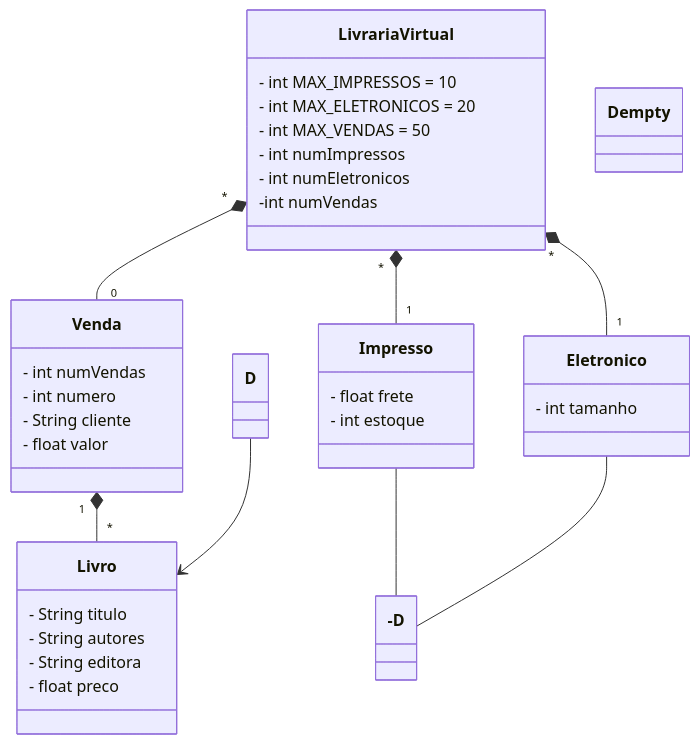
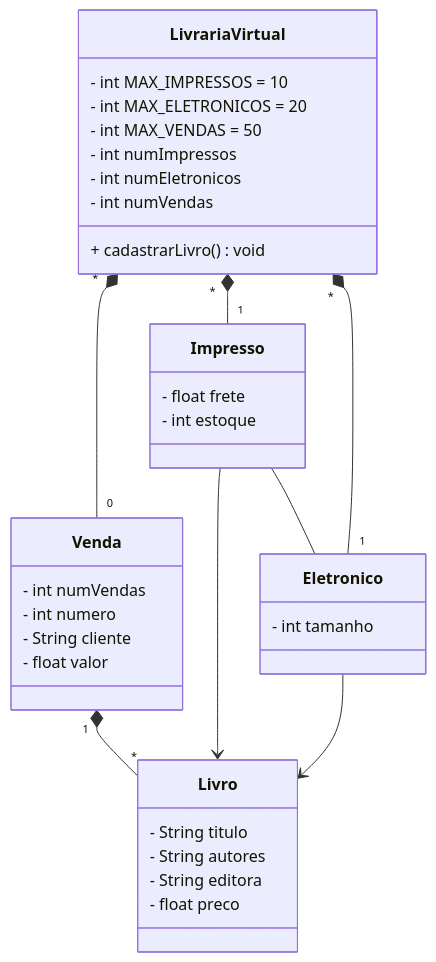
The diagram in README.md (DevTrail-Squad-4/Desafiodalivraria), drawn with Mermaid before and after one commit.

````diff
--- a/README.md
+++ b/README.md
@@ -3,49 +3,46 @@
 ```mermaid
 classDiagram
   class LivrariaVirtual {
     - int MAX_IMPRESSOS = 10
     - int MAX_ELETRONICOS = 20
     - int MAX_VENDAS = 50
     - int numImpressos
     - int numEletronicos
-	-int numVendas
+    - int numVendas
+	+ cadastrarLivro() void
   }
 
   class Venda {
     - int numVendas
     - int numero
     - String cliente
     - float valor
   }
 
   class Impresso {
     - float frete
     - int estoque
   }
 
   class Eletronico {
     - int tamanho
   }
 
   class Livro {
     - String titulo
     - String autores
     - String editora
     - float preco
   }
 
-class D {
-    
-  }
-
   LivrariaVirtual "*" *-- "0" Venda
   LivrariaVirtual "*" *-- "1" Impresso
   LivrariaVirtual "*" *-- "1" Eletronico
   Venda "1" *-- "*" Livro
-Impresso --- D
-  Eletronico --- D
-  D --> Livro
+  Impresso --> Livro
+  Eletronico --> Livro
+  Impresso -- Eletronico
 
-  %% Aplicando o estilo empty ao D
-  class D empty
+
+
 ```
````
